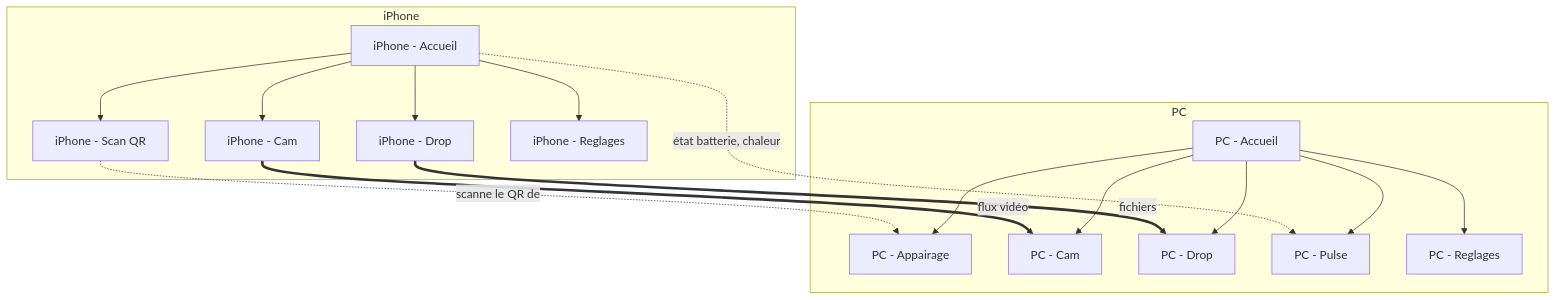
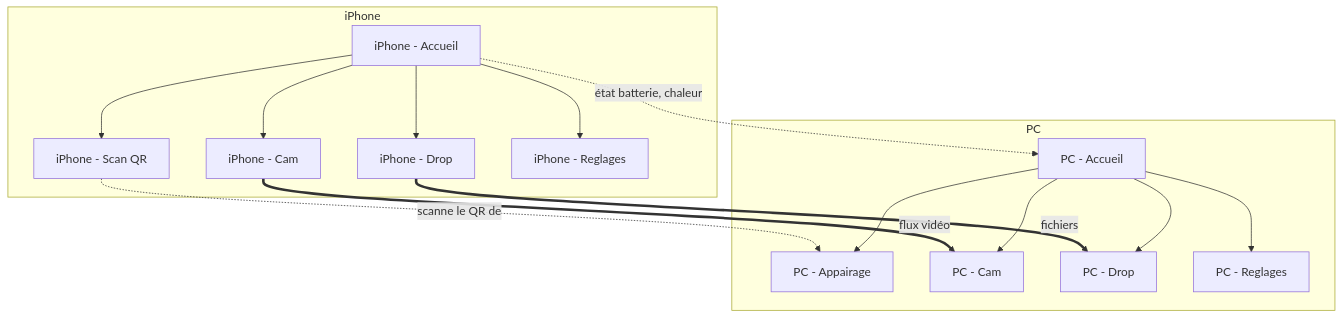
One commit to 1oma1e/Hyphn changed the diagram in docs/maquettes/Maquettes - Index.md. Above: the diagram before and after it, drawn with Mermaid. The commit also changed other lines of this file and 31 other files, not shown here.

````diff
--- a/docs/maquettes/Maquettes - Index.md
+++ b/docs/maquettes/Maquettes - Index.md
@@ -20,20 +20,19 @@
 ```mermaid
 flowchart TB
   subgraph iPhone
     IA[iPhone - Accueil] --> IS[iPhone - Scan QR]
     IA --> IC[iPhone - Cam]
     IA --> ID[iPhone - Drop]
     IA --> IR[iPhone - Reglages]
   end
   subgraph PC
     PA[PC - Accueil] --> PP[PC - Appairage]
     PA --> PC2[PC - Cam]
     PA --> PD[PC - Drop]
-    PA --> PU[PC - Pulse]
     PA --> PR[PC - Reglages]
   end
   IS -. scanne le QR de .-> PP
   IC == flux vidéo ==> PC2
   ID == fichiers ==> PD
-  IA -. état batterie, chaleur .-> PU
+  IA -. état batterie, chaleur .-> PA
 ```
````
